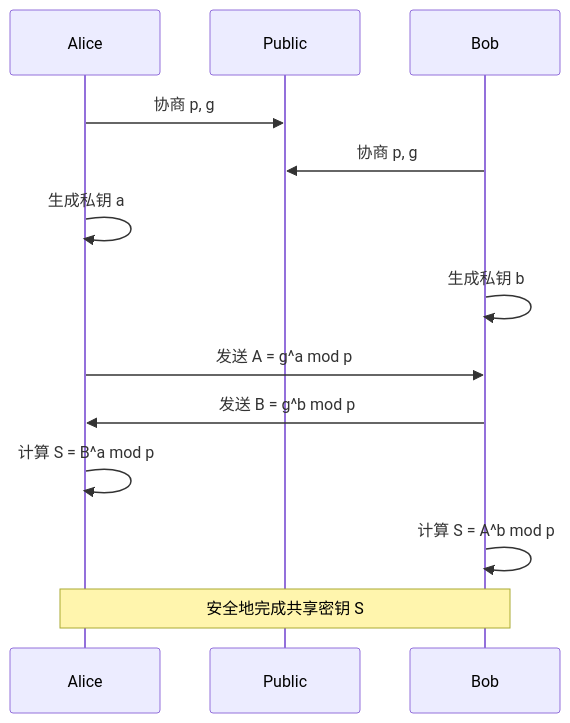
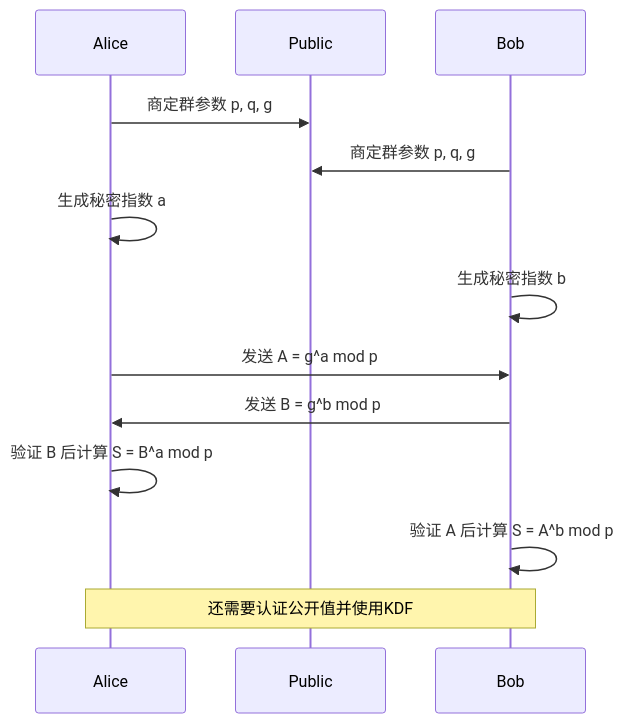
The first of 2 diagrams in content/post/public-key-cryptography-rsa-ecc/index.zh-cn.md (kenjinote/blog), drawn with Mermaid before and after one commit. The commit also changed other lines of this file and 5 other files, not shown here.

````diff
--- a/content/post/public-key-cryptography-rsa-ecc/index.zh-cn.md
+++ b/content/post/public-key-cryptography-rsa-ecc/index.zh-cn.md
@@ -38,15 +50,15 @@
 ```mermaid
 sequenceDiagram
     participant Alice
     participant Public
     participant Bob
-    Alice->>Public: 协商 p, g
-    Bob->>Public: 协商 p, g
-    Alice->>Alice: 生成私钥 a
-    Bob->>Bob: 生成私钥 b
+    Alice->>Public: 商定群参数 p, q, g
+    Bob->>Public: 商定群参数 p, q, g
+    Alice->>Alice: 生成秘密指数 a
+    Bob->>Bob: 生成秘密指数 b
     Alice->>Bob: 发送 A = g^a mod p
     Bob->>Alice: 发送 B = g^b mod p
-    Alice->>Alice: 计算 S = B^a mod p
-    Bob->>Bob: 计算 S = A^b mod p
-    Note over Alice,Bob: 安全地完成共享密钥 S
+    Alice->>Alice: 验证 B 后计算 S = B^a mod p
+    Bob->>Bob: 验证 A 后计算 S = A^b mod p
+    Note over Alice,Bob: 还需要认证公开值并使用KDF
 ```
````
